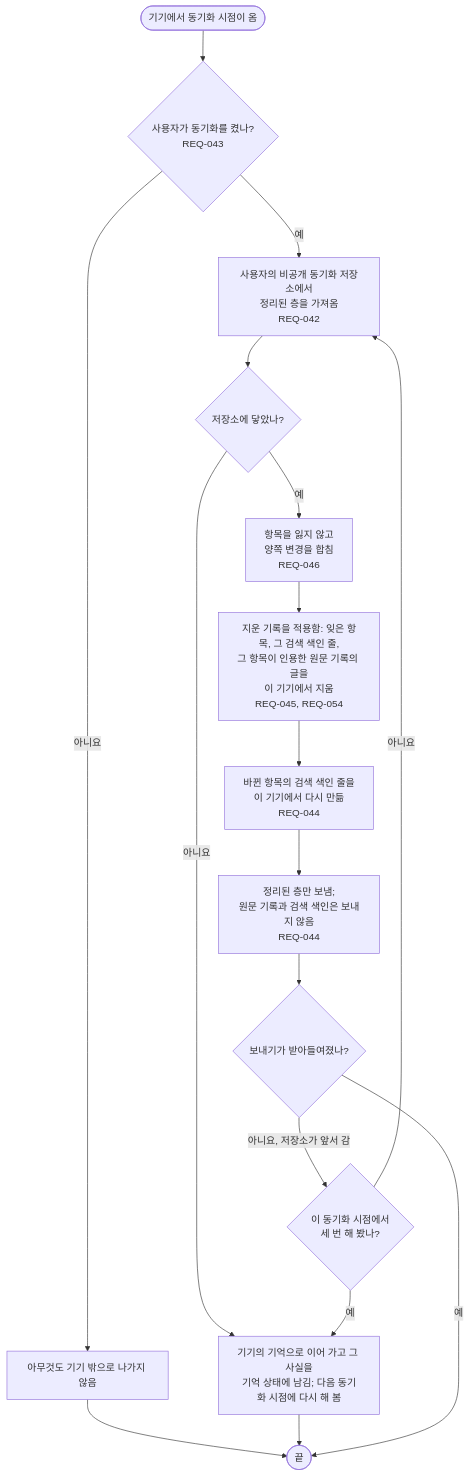
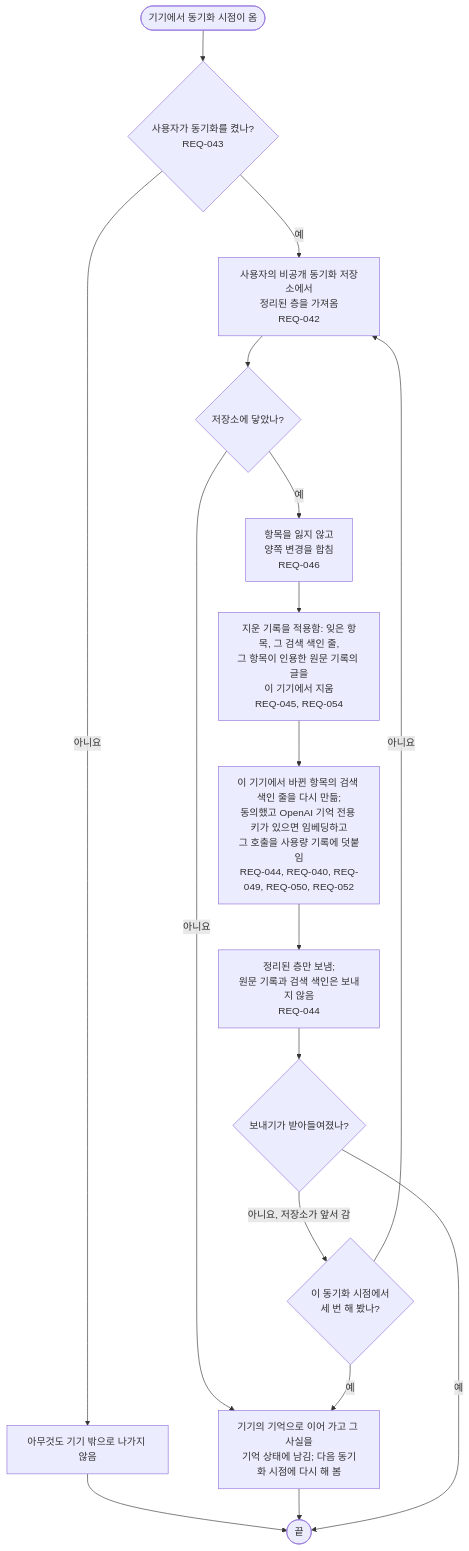
The diagram in docs/03-user-flow/memory/FL-012-sync-memory.ko.md (kodonghui/corthex), drawn with Mermaid before and after one commit. The commit also changed other lines of this file and 11 other files, not shown here.

First line of the commit message:
docs: log embedding calls and keep checked quotes in the memory flows

````diff
--- a/docs/03-user-flow/memory/FL-012-sync-memory.ko.md
+++ b/docs/03-user-flow/memory/FL-012-sync-memory.ko.md
@@ -9,19 +9,19 @@
 ```mermaid
 flowchart TD
   A(["기기에서 동기화 시점이 옴"]) --> B{"사용자가 동기화를 켰나?<br/>REQ-043"}
   B -->|아니요| B1["아무것도 기기 밖으로 나가지 않음"]
   B1 --> Z(["끝"])
   B -->|예| C["사용자의 비공개 동기화 저장소에서<br/>정리된 층을 가져옴<br/>REQ-042"]
   C --> D{"저장소에 닿았나?"}
   D -->|아니요| D1["기기의 기억으로 이어 가고 그 사실을<br/>기억 상태에 남김; 다음 동기화 시점에 다시 해 봄"]
   D1 --> Z
   D -->|예| E["항목을 잃지 않고<br/>양쪽 변경을 합침<br/>REQ-046"]
   E --> F["지운 기록을 적용함: 잊은 항목, 그 검색 색인 줄,<br/>그 항목이 인용한 원문 기록의 글을<br/>이 기기에서 지움<br/>REQ-045, REQ-054"]
-  F --> G["바뀐 항목의 검색 색인 줄을<br/>이 기기에서 다시 만듦<br/>REQ-044"]
+  F --> G["이 기기에서 바뀐 항목의 검색 색인 줄을 다시 만듦;<br/>동의했고 OpenAI 기억 전용 키가 있으면 임베딩하고<br/>그 호출을 사용량 기록에 덧붙임<br/>REQ-044, REQ-040, REQ-049, REQ-050, REQ-052"]
   G --> H["정리된 층만 보냄;<br/>원문 기록과 검색 색인은 보내지 않음<br/>REQ-044"]
   H --> I{"보내기가 받아들여졌나?"}
   I -->|예| Z
   I -->|아니요, 저장소가 앞서 감| J{"이 동기화 시점에서<br/>세 번 해 봤나?"}
   J -->|아니요| C
   J -->|예| D1
 ```
````
